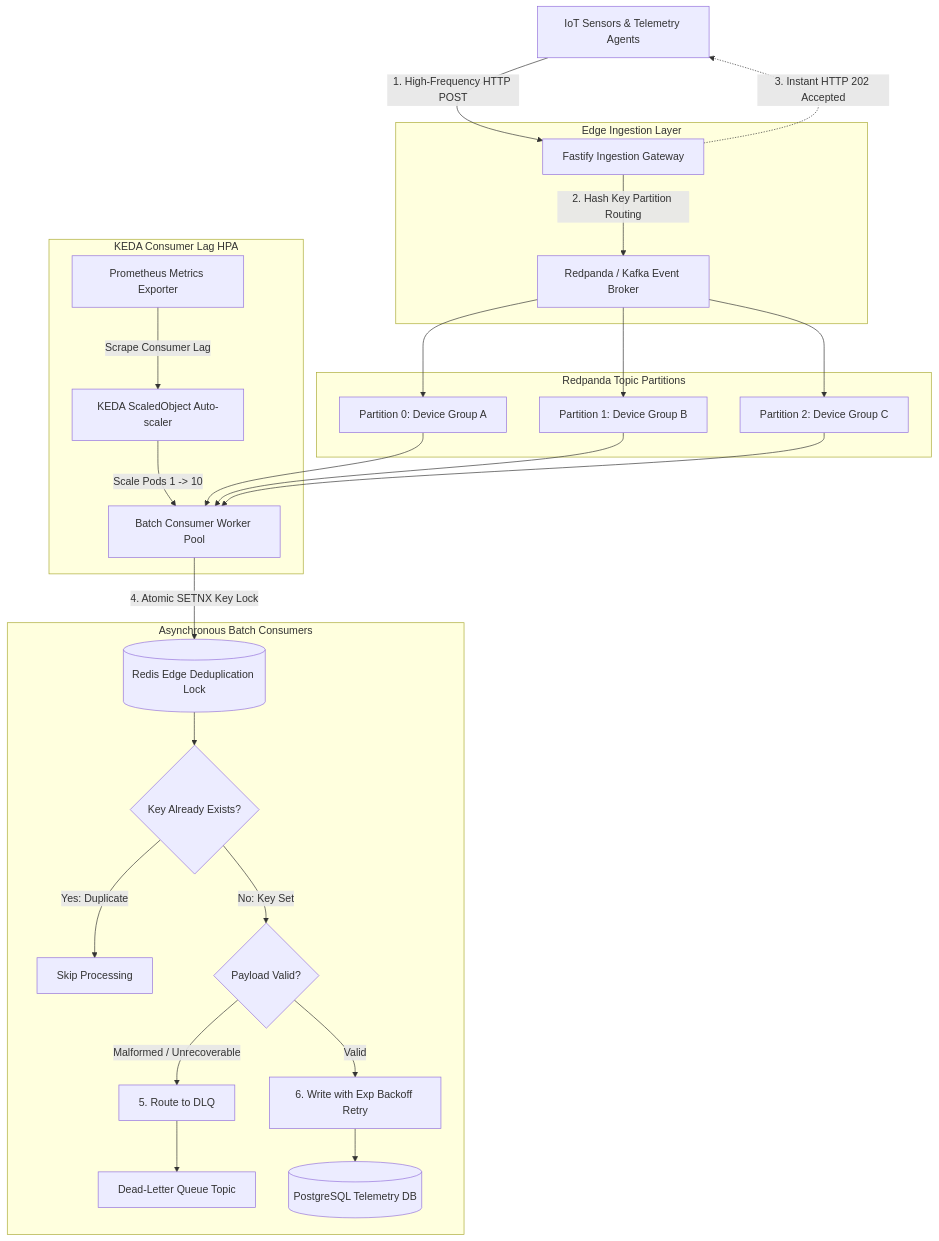
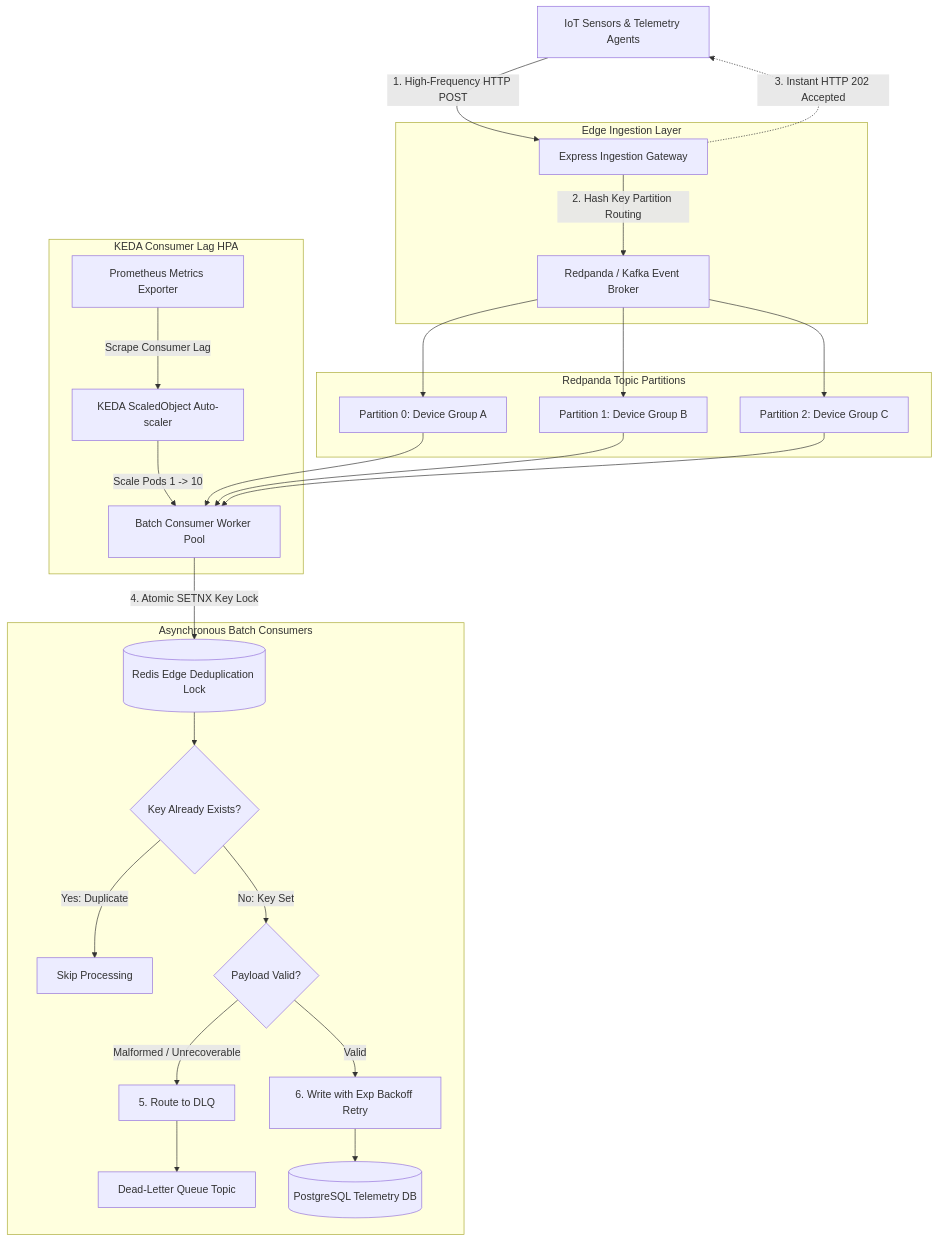
One commit to harsharajkumar-273/PulseStream changed the diagram in README.md. Above: the diagram before and after it, drawn with Mermaid. The commit also changed other lines of this file and 12 other files, not shown here.

````diff
--- a/README.md
+++ b/README.md
@@ -34,32 +34,32 @@
 ```mermaid
 flowchart TD
-    Sensors[IoT Sensors & Telemetry Agents] -->|1. High-Frequency HTTP POST| Gate[Fastify Ingestion Gateway]
+    Sensors[IoT Sensors & Telemetry Agents] -->|1. High-Frequency HTTP POST| Gate[Express Ingestion Gateway]
     Gate -.->|3. Instant HTTP 202 Accepted| Sensors
 
     subgraph IngestionBoundary [Edge Ingestion Layer]
         Gate -->|2. Hash Key Partition Routing| Kafka[Redpanda / Kafka Event Broker]
     end
 
     subgraph StreamPartitions [Redpanda Topic Partitions]
         Kafka --> Partition0[Partition 0: Device Group A]
         Kafka --> Partition1[Partition 1: Device Group B]
         Kafka --> Partition2[Partition 2: Device Group C]
     end
 
     subgraph AutoScaling [KEDA Consumer Lag HPA]
         Prom[Prometheus Metrics Exporter] -->|Scrape Consumer Lag| KEDA[KEDA ScaledObject Auto-scaler]
         KEDA -->|Scale Pods 1 -> 10| Consumer[Batch Consumer Worker Pool]
     end
 
     subgraph ResilientWorkerPool [Asynchronous Batch Consumers]
         Partition0 & Partition1 & Partition2 --> Consumer
         Consumer -->|4. Atomic SETNX Key Lock| Redis[(Redis Edge Deduplication Lock)]
         Redis --> Dup{Key Already Exists?}
         Dup -->|Yes: Duplicate| Skip[Skip Processing]
         Dup -->|No: Key Set| Valid{Payload Valid?}
         Valid -->|Malformed / Unrecoverable| DLQRoute[5. Route to DLQ]
         DLQRoute --> DLQ[Dead-Letter Queue Topic]
         Valid -->|Valid| Write[6. Write with Exp Backoff Retry]
         Write --> Postgres[(PostgreSQL Telemetry DB)]
     end
 ```
````
